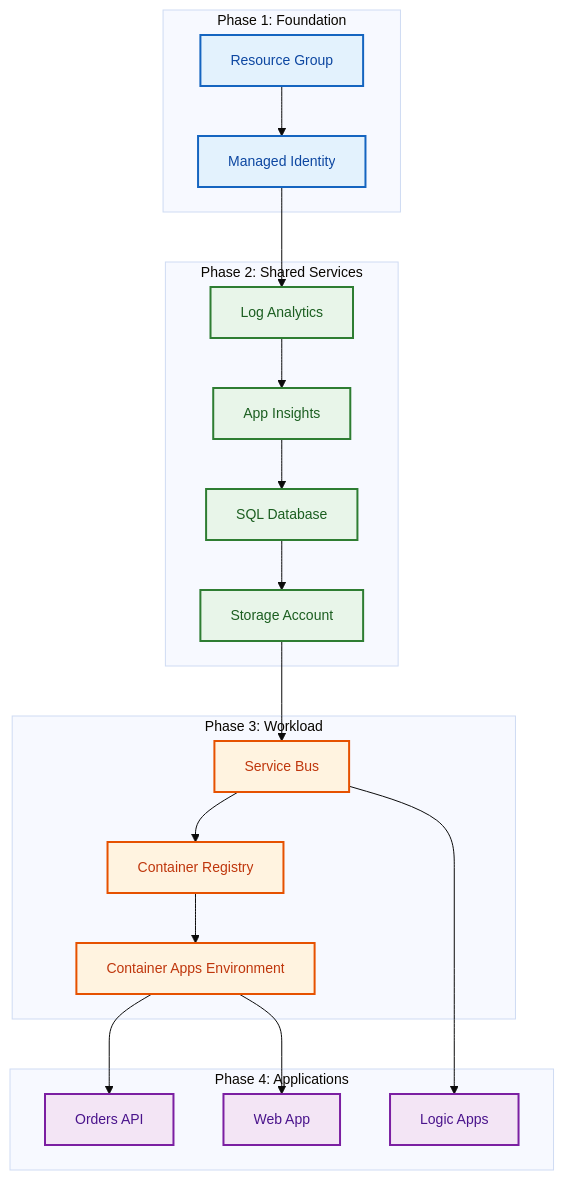
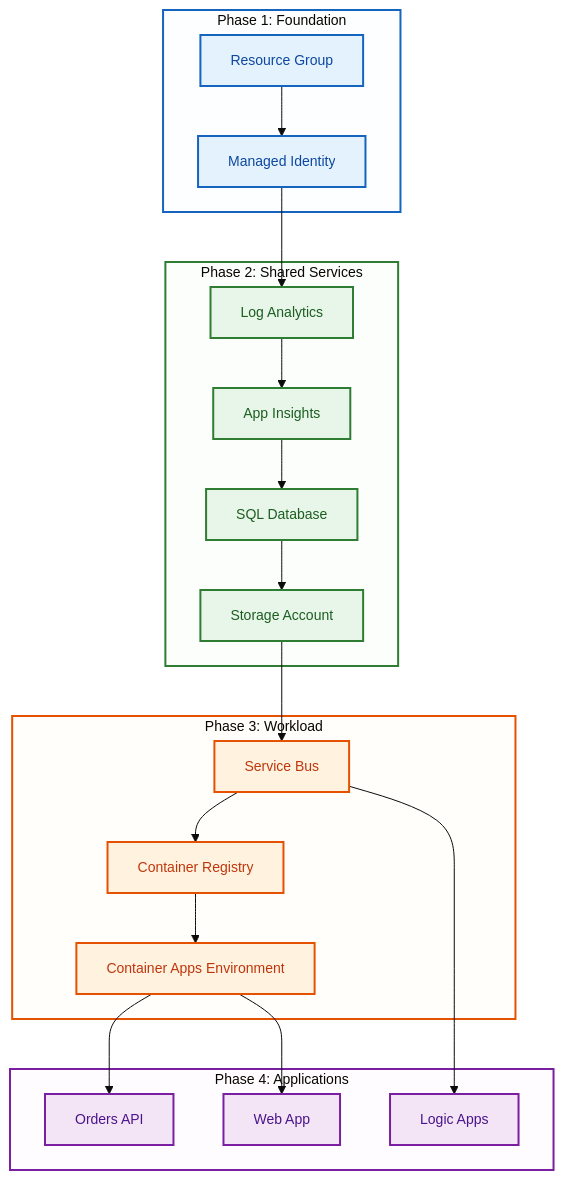
Before and after one commit to Evilazaro/Azure-LogicApps-Monitoring: the third of 4 diagrams in docs/architecture/07-deployment-architecture.md, drawn with Mermaid. The commit also changed other lines of this file, not shown here.

Commit message:
Enhance deployment architecture diagrams with improved subgraph container styling for better visual layer grouping

````diff
--- a/docs/architecture/07-deployment-architecture.md
+++ b/docs/architecture/07-deployment-architecture.md
@@ -246,52 +252,58 @@
 ```mermaid
 %%{init: {'theme': 'base', 'themeVariables': { 'fontSize': '14px'}}}%%
 flowchart TB
     subgraph Phase1["Phase 1: Foundation"]
         RG["Resource Group"]
         MI["Managed Identity"]
     end
 
     subgraph Phase2["Phase 2: Shared Services"]
         LAW["Log Analytics"]
         AI["App Insights"]
         SQL["SQL Database"]
         Storage["Storage Account"]
     end
 
     subgraph Phase3["Phase 3: Workload"]
         SB["Service Bus"]
         ACR["Container Registry"]
         CAE["Container Apps Environment"]
     end
 
     subgraph Phase4["Phase 4: Applications"]
         API["Orders API"]
         Web["Web App"]
         LA["Logic Apps"]
     end
 
     RG --> MI
     MI --> LAW
     LAW --> AI
     AI --> SQL
     SQL --> Storage
 
     Storage --> SB
     SB --> ACR
     ACR --> CAE
 
     CAE --> API
     CAE --> Web
     SB --> LA
 
     %% Accessible color palette for deployment phases
     classDef phase1 fill:#e3f2fd,stroke:#1565c0,stroke-width:2px,color:#0d47a1
     classDef phase2 fill:#e8f5e9,stroke:#2e7d32,stroke-width:2px,color:#1b5e20
     classDef phase3 fill:#fff3e0,stroke:#e65100,stroke-width:2px,color:#bf360c
     classDef phase4 fill:#f3e5f5,stroke:#7b1fa2,stroke-width:2px,color:#4a148c
 
     class RG,MI phase1
     class LAW,AI,SQL,Storage phase2
     class SB,ACR,CAE phase3
     class API,Web,LA phase4
+
+    %% Subgraph container styling for visual layer grouping
+    style Phase1 fill:#e3f2fd22,stroke:#1565c0,stroke-width:2px
+    style Phase2 fill:#e8f5e922,stroke:#2e7d32,stroke-width:2px
+    style Phase3 fill:#fff3e022,stroke:#e65100,stroke-width:2px
+    style Phase4 fill:#f3e5f522,stroke:#7b1fa2,stroke-width:2px
 ```
````
